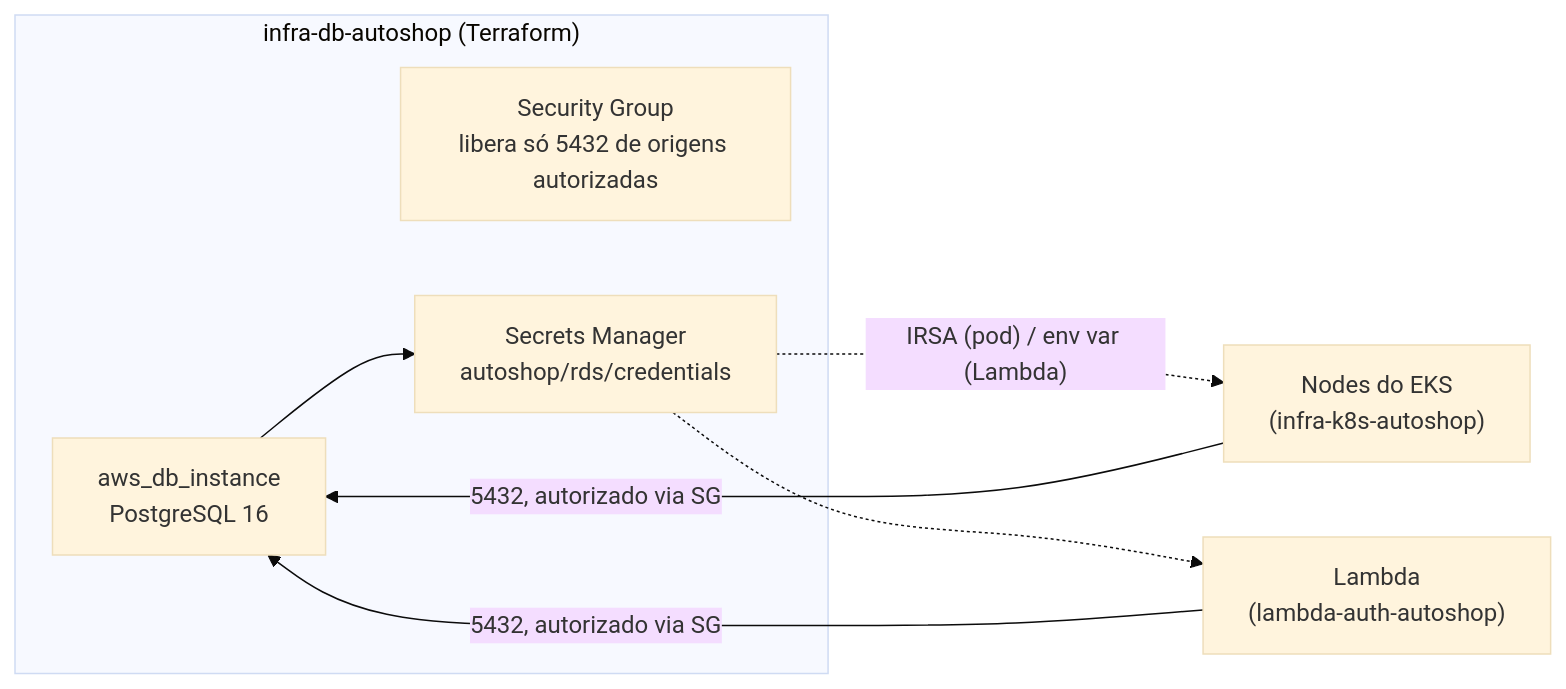
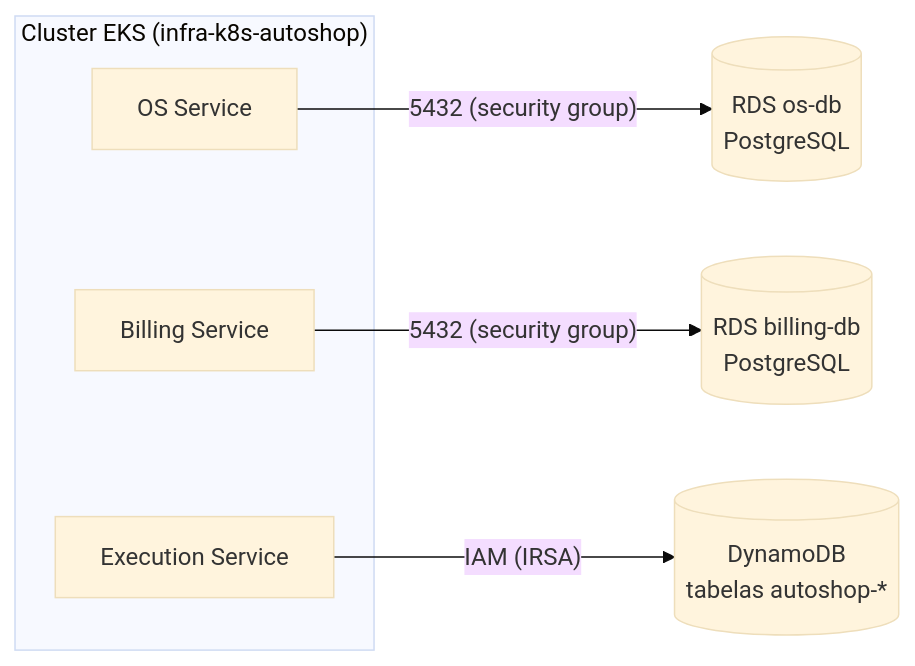
One commit to Jackeline2020/infra-db-autoshop changed the diagram in README.md. Above: the diagram before and after it, drawn with Mermaid (base theme). The commit also changed other lines of this file and 11 other files, not shown here.

````diff
--- a/README.md
+++ b/README.md
@@ -30,17 +18,15 @@
 ```mermaid
 flowchart LR
-    subgraph DBRepo["infra-db-autoshop (Terraform)"]
-        RDS["aws_db_instance<br/>PostgreSQL 16"]
-        SG["Security Group<br/>libera só 5432 de origens autorizadas"]
-        Secret["Secrets Manager<br/>autoshop/rds/credentials"]
+    subgraph EKS["Cluster EKS (infra-k8s-autoshop)"]
+        OS["OS Service"]
+        BIL["Billing Service"]
+        EXE["Execution Service"]
     end
+    OSDB[("RDS os-db<br/>PostgreSQL")]
+    BILDB[("RDS billing-db<br/>PostgreSQL")]
+    DDB[("DynamoDB<br/>tabelas autoshop-*")]
 
-    EKS["Nodes do EKS<br/>(infra-k8s-autoshop)"]
-    Lambda["Lambda<br/>(lambda-auth-autoshop)"]
-
-    EKS -->|"5432, autorizado via SG"| RDS
-    Lambda -->|"5432, autorizado via SG"| RDS
-    RDS --> Secret
-    Secret -.->|"IRSA (pod) / env var (Lambda)"| EKS
-    Secret -.-> Lambda
+    OS -->|"5432 (security group)"| OSDB
+    BIL -->|"5432 (security group)"| BILDB
+    EXE -->|"IAM (IRSA)"| DDB
 ```
````
